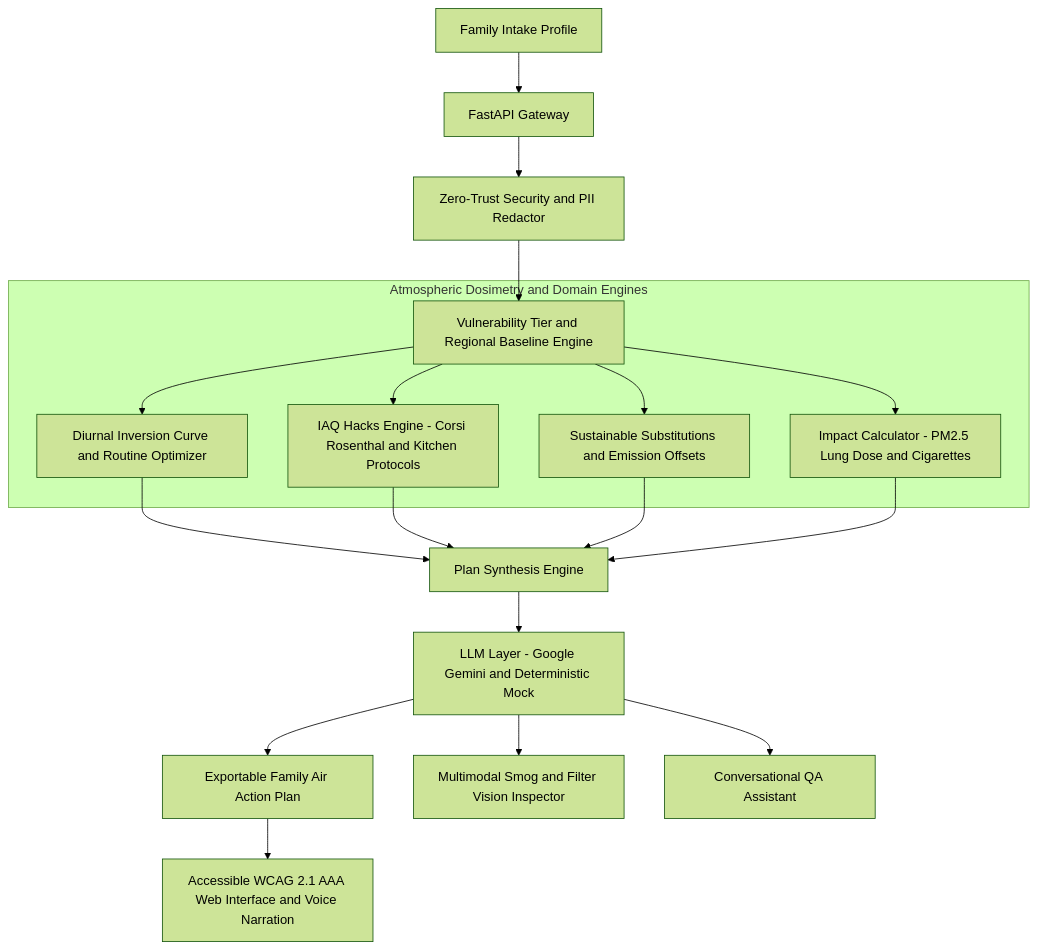
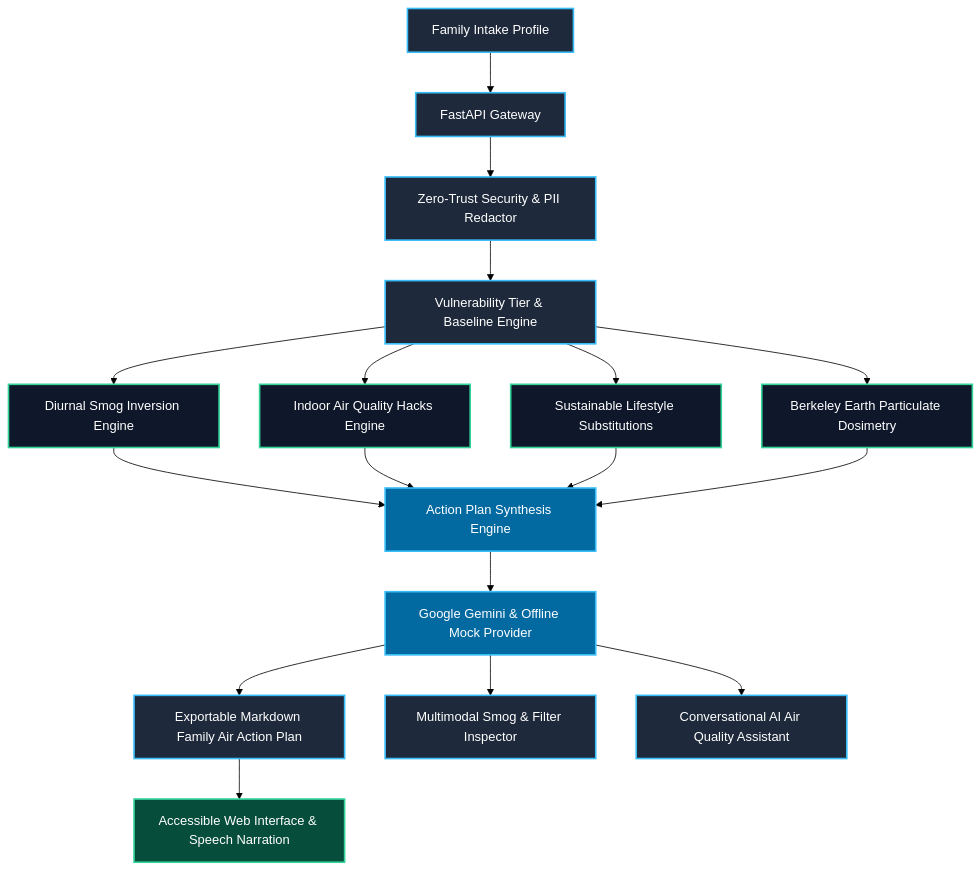
Before and after one commit to MSGitHub127/AeroSense: the diagram in README.md, drawn with Mermaid (forest theme).

Commit message:
style(docs): apply dark-mode high-contrast colors and white typography to Mermaid diagram

````diff
--- a/README.md
+++ b/README.md
@@ -16,25 +16,38 @@
 ```mermaid
 flowchart TD
     User["Family Intake Profile"] --> API["FastAPI Gateway"]
-    API --> Security["Zero-Trust Security and PII Redactor"]
-    Security --> ProfileEngine["Vulnerability Tier and Regional Baseline Engine"]
+    API --> Security["Zero-Trust Security & PII Redactor"]
+    Security --> ProfileEngine["Vulnerability Tier & Baseline Engine"]
     
-    subgraph CoreEngines ["Atmospheric Dosimetry and Domain Engines"]
-        ProfileEngine --> Diurnal["Diurnal Inversion Curve and Routine Optimizer"]
-        ProfileEngine --> IAQ["IAQ Hacks Engine - Corsi Rosenthal and Kitchen Protocols"]
-        ProfileEngine --> Alternatives["Sustainable Substitutions and Emission Offsets"]
-        ProfileEngine --> Dosimetry["Impact Calculator - PM2.5 Lung Dose and Cigarettes"]
-    end
+    ProfileEngine --> Diurnal["Diurnal Smog Inversion Engine"]
+    ProfileEngine --> IAQ["Indoor Air Quality Hacks Engine"]
+    ProfileEngine --> Alternatives["Sustainable Lifestyle Substitutions"]
+    ProfileEngine --> Dosimetry["Berkeley Earth Particulate Dosimetry"]
 
-    Diurnal --> Synthesis["Plan Synthesis Engine"]
+    Diurnal --> Synthesis["Action Plan Synthesis Engine"]
     IAQ --> Synthesis
     Alternatives --> Synthesis
     Dosimetry --> Synthesis
 
-    Synthesis --> LLMProvider["LLM Layer - Google Gemini and Deterministic Mock"]
-    LLMProvider --> Dossier["Exportable Family Air Action Plan"]
-    LLMProvider --> Vision["Multimodal Smog and Filter Vision Inspector"]
-    LLMProvider --> Consult["Conversational QA Assistant"]
+    Synthesis --> LLM["Google Gemini & Offline Mock Provider"]
+    LLM --> Dossier["Exportable Markdown Family Air Action Plan"]
+    LLM --> Vision["Multimodal Smog & Filter Inspector"]
+    LLM --> Consult["Conversational AI Air Quality Assistant"]
     
-    Dossier --> UI["Accessible WCAG 2.1 AAA Web Interface and Voice Narration"]
+    Dossier --> UI["Accessible Web Interface & Speech Narration"]
+
+    style User fill:#1e293b,stroke:#38bdf8,stroke-width:2px,color:#ffffff
+    style API fill:#1e293b,stroke:#38bdf8,stroke-width:2px,color:#ffffff
+    style Security fill:#1e293b,stroke:#38bdf8,stroke-width:2px,color:#ffffff
+    style ProfileEngine fill:#1e293b,stroke:#38bdf8,stroke-width:2px,color:#ffffff
+    style Diurnal fill:#0f172a,stroke:#34d399,stroke-width:2px,color:#ffffff
+    style IAQ fill:#0f172a,stroke:#34d399,stroke-width:2px,color:#ffffff
+    style Alternatives fill:#0f172a,stroke:#34d399,stroke-width:2px,color:#ffffff
+    style Dosimetry fill:#0f172a,stroke:#34d399,stroke-width:2px,color:#ffffff
+    style Synthesis fill:#0369a1,stroke:#38bdf8,stroke-width:2px,color:#ffffff
+    style LLM fill:#0369a1,stroke:#38bdf8,stroke-width:2px,color:#ffffff
+    style Dossier fill:#1e293b,stroke:#38bdf8,stroke-width:2px,color:#ffffff
+    style Vision fill:#1e293b,stroke:#38bdf8,stroke-width:2px,color:#ffffff
+    style Consult fill:#1e293b,stroke:#38bdf8,stroke-width:2px,color:#ffffff
+    style UI fill:#064e3b,stroke:#34d399,stroke-width:2px,color:#ffffff
 ```
````
